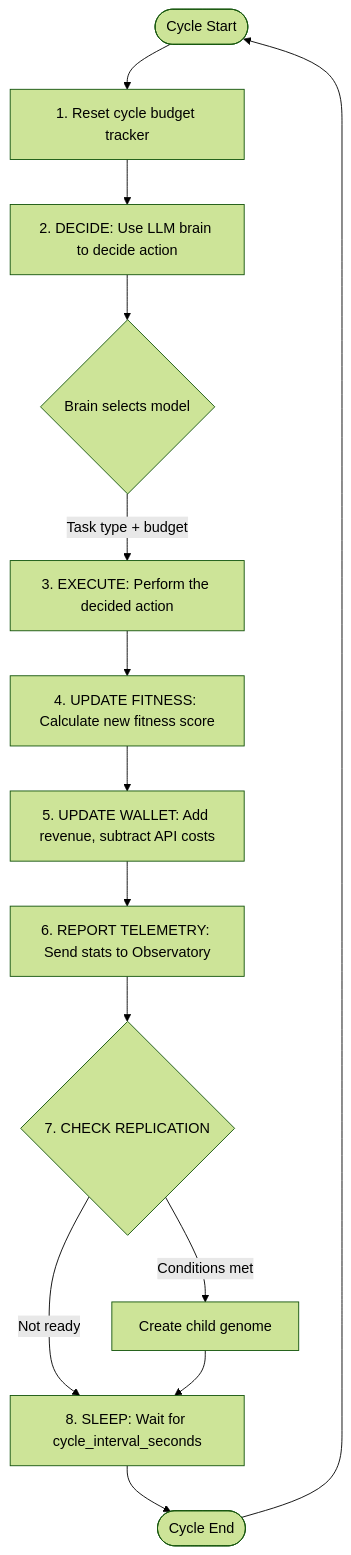
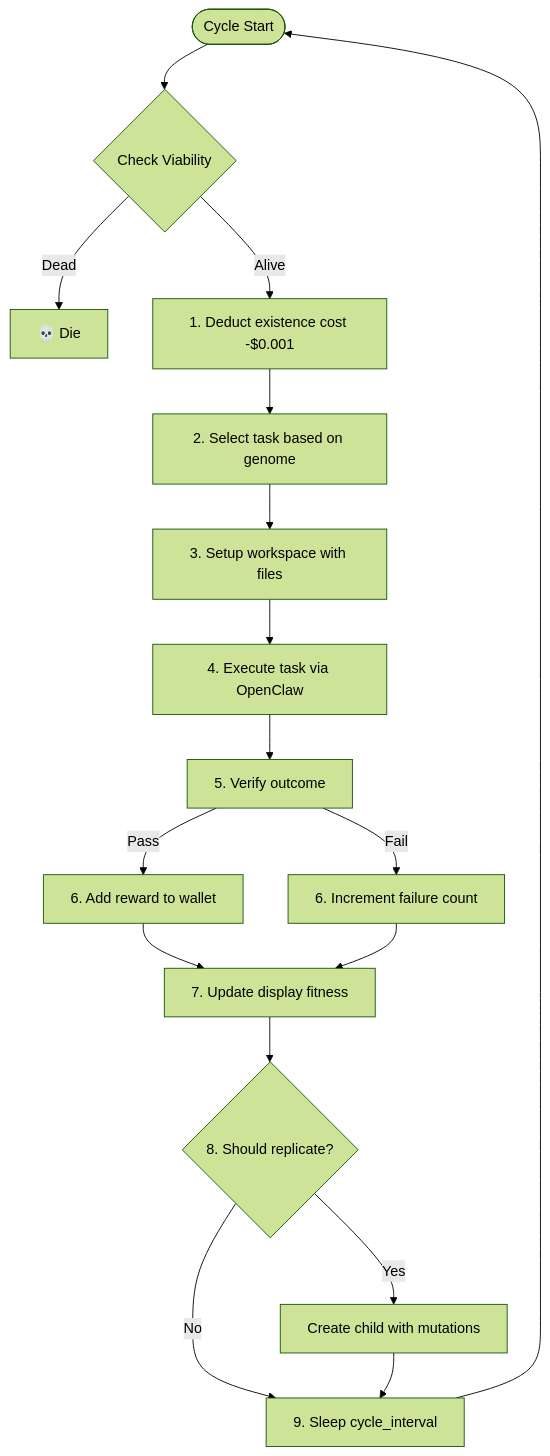
The sixth of 11 diagrams in docs/ARCHITECTURE.md (John-Cusack/MoltNet), drawn with Mermaid (forest theme) before and after one commit. The commit also changed other lines of this file and 75 other files, not shown here.

````diff
--- a/docs/ARCHITECTURE.md
+++ b/docs/ARCHITECTURE.md
@@ -84,16 +296,23 @@
 ```mermaid
 flowchart TD
-    START([Cycle Start]) --> RESET[1. Reset cycle budget tracker]
-    RESET --> DECIDE[2. DECIDE: Use LLM brain to decide action]
-    DECIDE --> MODEL{Brain selects model}
-    MODEL -->|Task type + budget| EXECUTE[3. EXECUTE: Perform the decided action]
-    EXECUTE --> FITNESS[4. UPDATE FITNESS: Calculate new fitness score]
-    FITNESS --> WALLET[5. UPDATE WALLET: Add revenue, subtract API costs]
-    WALLET --> TELEMETRY[6. REPORT TELEMETRY: Send stats to Observatory]
-    TELEMETRY --> REPLICATE{7. CHECK REPLICATION}
-    REPLICATE -->|Conditions met| CHILD[Create child genome]
-    REPLICATE -->|Not ready| SLEEP[8. SLEEP: Wait for cycle_interval_seconds]
-    CHILD --> SLEEP
-    SLEEP --> END([Cycle End])
-    END --> START
+    START([Cycle Start]) --> VIABILITY{Check Viability}
+    VIABILITY -->|Dead| DIE[💀 Die]
+    VIABILITY -->|Alive| COST[1. Deduct existence cost -$0.001]
+
+    COST --> SELECT[2. Select task based on genome]
+    SELECT --> SETUP[3. Setup workspace with files]
+    SETUP --> EXECUTE[4. Execute task via OpenClaw]
+    EXECUTE --> VERIFY[5. Verify outcome]
+
+    VERIFY -->|Pass| REWARD[6. Add reward to wallet]
+    VERIFY -->|Fail| FAILURE[6. Increment failure count]
+
+    REWARD --> FITNESS[7. Update display fitness]
+    FAILURE --> FITNESS
+
+    FITNESS --> REPLICATE{8. Should replicate?}
+    REPLICATE -->|Yes| SPAWN[Create child with mutations]
+    REPLICATE -->|No| SLEEP[9. Sleep cycle_interval]
+    SPAWN --> SLEEP
+    SLEEP --> START
 ```
````
